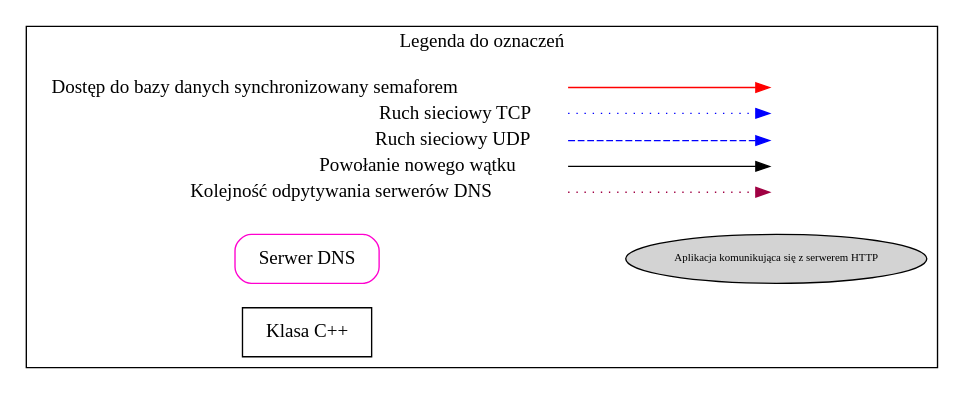
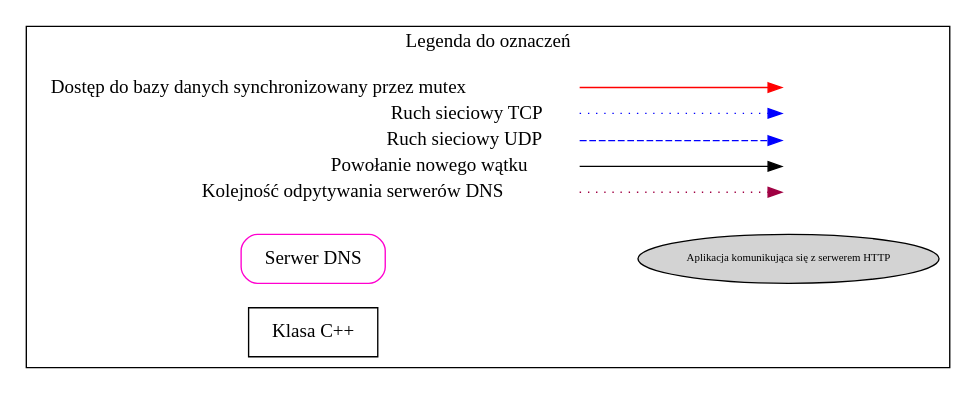
The diagram in doc/legend.dot (Aerial94/TIN), drawn with Graphviz before and after one commit. The commit also changed 2 other files, not shown here.

Commit message:
modified:   graph.dot modified:   initial_doc.md modified:   legend.dot

```diff
--- a/doc/legend.dot
+++ b/doc/legend.dot
@@ -1,47 +1,47 @@
 digraph {
   rankdir=LR
   node [shape=plaintext]
   subgraph cluster_01 {
     label = "Legenda do oznaczeń";
     key [label=<<table border="0" cellpadding="2" cellspacing="0" cellborder="0">
-      <tr><td align="right" port="i1">Dostęp do bazy danych synchronizowany semaforem</td></tr>
+      <tr><td align="right" port="i1">Dostęp do bazy danych synchronizowany przez mutex</td></tr>
       <tr><td align="right" port="i2">Ruch sieciowy TCP</td></tr>
       <tr><td align="right" port="i3">Ruch sieciowy UDP</td></tr>
       <tr><td align="right" port="i4">Powołanie nowego wątku</td></tr>
       <tr><td align="right" port="i5">Kolejność odpytywania serwerów DNS</td></tr>
       </table>>]
     key2 [label=<<table border="0" cellpadding="2" cellspacing="0" cellborder="0">
       <tr><td port="i1">&nbsp;</td></tr>
       <tr><td port="i2">&nbsp;</td></tr>
       <tr><td port="i3">&nbsp;</td></tr>
       <tr><td port="i4">&nbsp;</td></tr>
       <tr><td port="i5">&nbsp;</td></tr>
       </table>>]
     key:i1:e -> key2:i1:w [style="solid", color="red"]
     key:i2:e -> key2:i2:w [style = "dotted", color="blue"]
     key:i3:e -> key2:i3:w [style = "dashed", color="blue"]
     key:i4:e -> key2:i4:w
     key:i5:e -> key2:i5:w [style="dotted" color="#A00043"]
 
     server [
         label = "Serwer DNS"
         style="solid"
         color="#FF00CF"
         style = "rounded"
         shape = "box"
     ]
     class [
         label = "Klasa C++"
         shape = "box"
     ]
     client [
-        label = "Aplikacja komunikująca się z serwerem HTTP"
+        label = "Aplikacja komunikująca się z serwerem HTTP"
         shape = "ellipse"
         fontsize = 8
         width=0.2
         style=filled
     ]
     server -> client [style=invis]
 
   }
 }
```
